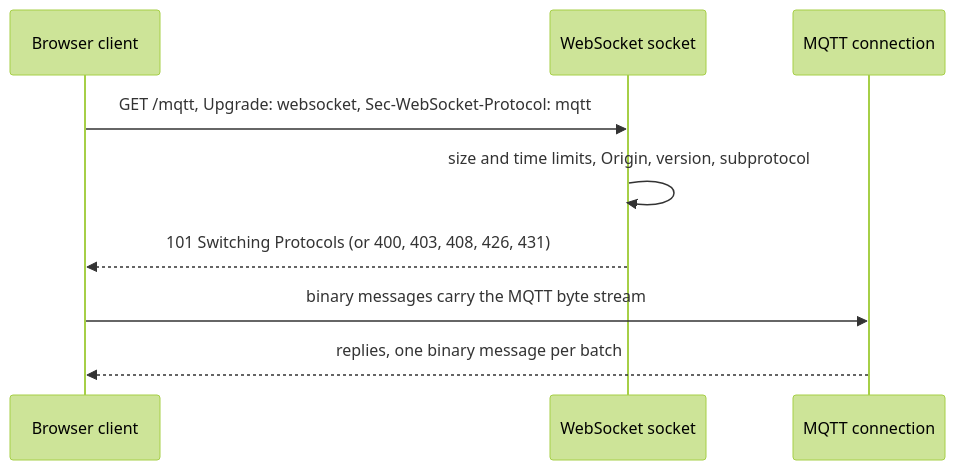
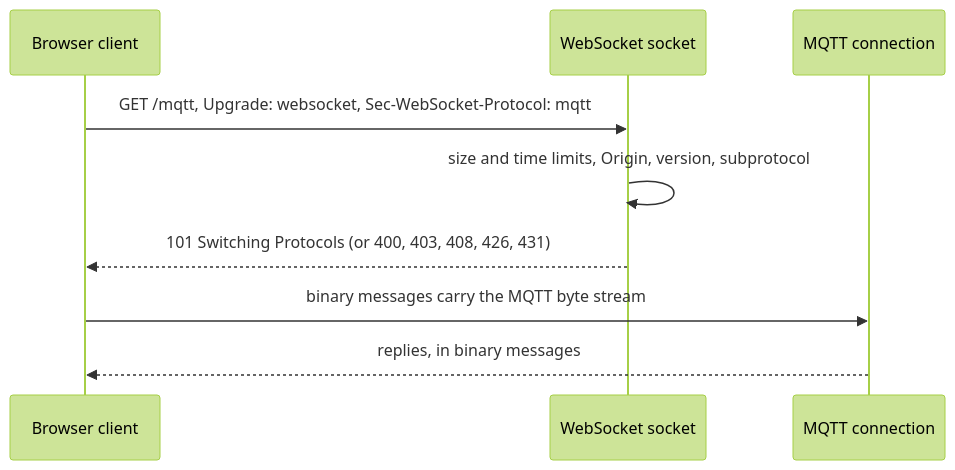
One commit to GetFelix/felix changed the diagram in docs/mqtt-compatibility.md. Above: the diagram before and after it, drawn with Mermaid (forest theme). The commit also changed other lines of this file and 11 other files, not shown here.

````diff
--- a/docs/mqtt-compatibility.md
+++ b/docs/mqtt-compatibility.md
@@ -78,11 +78,11 @@
 ```mermaid
 sequenceDiagram
     participant C as Browser client
     participant L as WebSocket socket
     participant M as MQTT connection
     C->>L: GET /mqtt, Upgrade: websocket, Sec-WebSocket-Protocol: mqtt
     L->>L: size and time limits, Origin, version, subprotocol
     L-->>C: 101 Switching Protocols (or 400, 403, 408, 426, 431)
     C->>M: binary messages carry the MQTT byte stream
-    M-->>C: replies, one binary message per batch
+    M-->>C: replies, in binary messages
 ```
````
